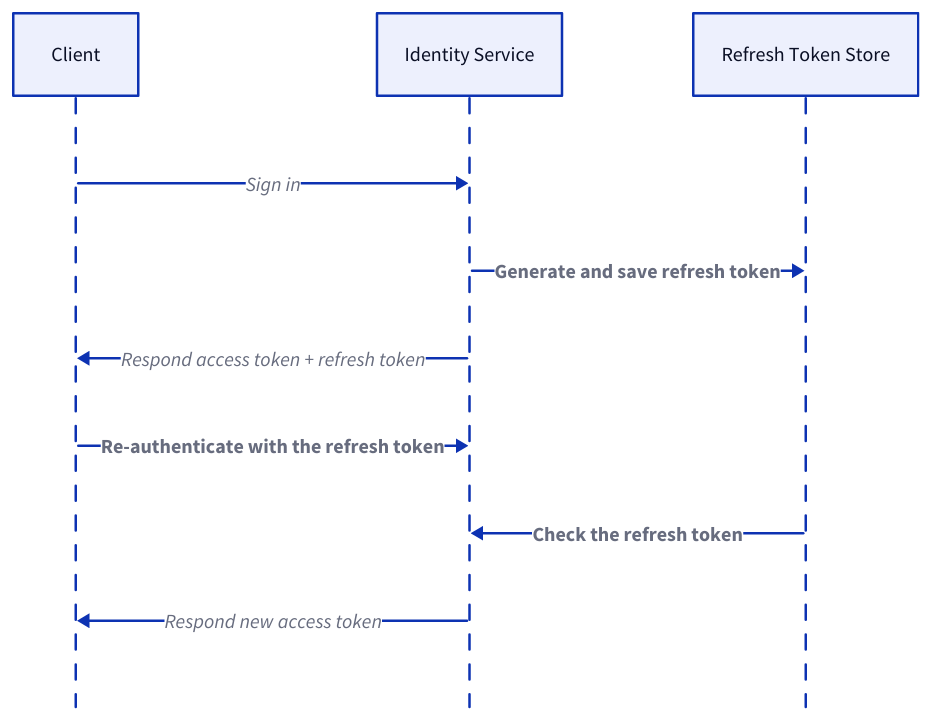
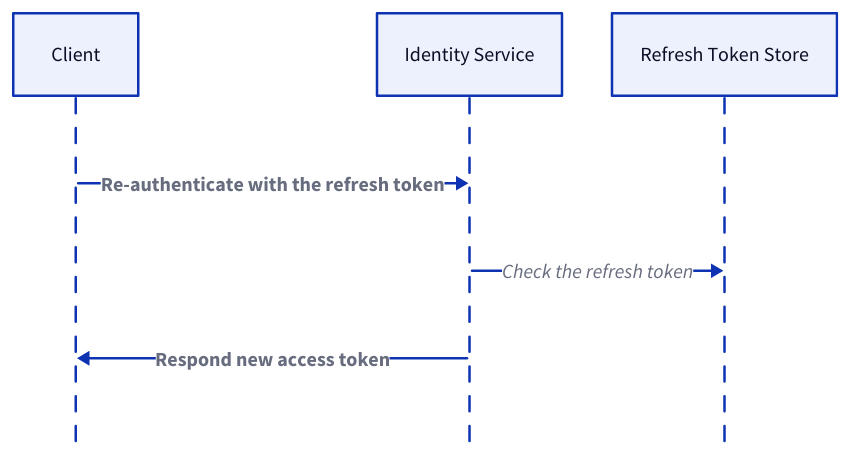
Before and after one commit to link1905/system-design-101: the seventh of 26 diagrams in content/docs/system-administration/system-protection/iam.md, drawn with D2. The commit also changed other lines of this file and 21 other files, not shown here.

````diff
--- a/content/docs/system-administration/system-protection/iam.md
+++ b/content/docs/system-administration/system-protection/iam.md
@@ -304,25 +328,19 @@
 ```d2
 shape: sequence_diagram
 c: Client {
     class: client
 }
 a: Identity Service {
     class: server
 }
 store: Refresh Token Store {
     class: cache
 }
-
-c -> a: Sign in
-a -> store: Generate and save refresh token {
-    style.bold: true
-}
-c <- a: Respond access token + refresh token
 c -> a: Re-authenticate with the refresh token {
     style.bold: true
 }
-a <- store: Check the refresh token {
-    style.bold: true
+a -> store: Check the refresh token
+c <- a: Respond new access token {
+  style.bold: true
 }
-c <- a: Respond new access token
 ```
````
